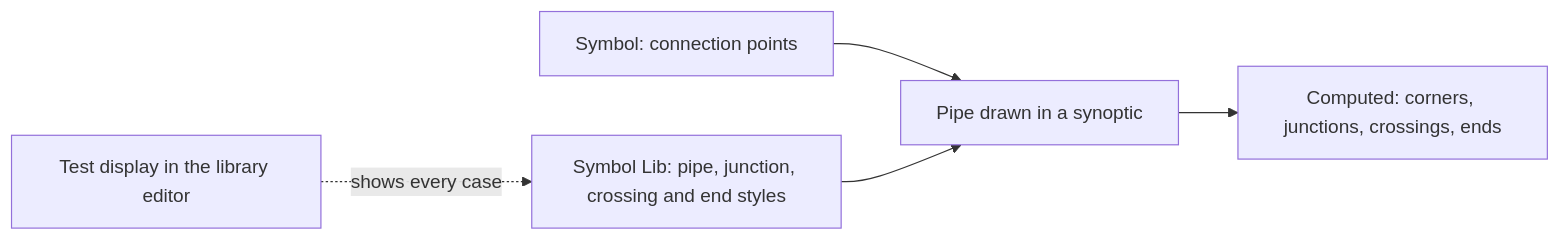
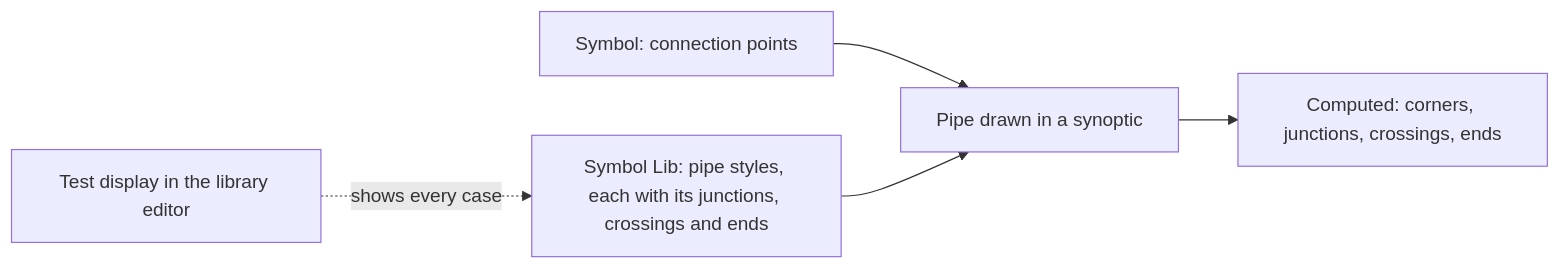
Before and after one commit to AlexandreGallais/synoptic-studio-spec: the first of 2 diagrams in symbols/pipes/README.md, drawn with Mermaid. The commit also changed other lines of this file and 9 other files, not shown here.

First line of the commit message:
docs(symbols): keep junctions, crossings and ends inside the pipe style

````diff
--- a/symbols/pipes/README.md
+++ b/symbols/pipes/README.md
@@ -25,7 +26,7 @@
 ```mermaid
 flowchart LR
     SY["Symbol: connection points"] --> P["Pipe drawn in a synoptic"]
-    L["Symbol Lib: pipe, junction, crossing and end styles"] --> P
+    L["Symbol Lib: pipe styles, each with its junctions, crossings and ends"] --> P
     P --> C["Computed: corners, junctions, crossings, ends"]
     T["Test display in the library editor"] -.->|"shows every case"| L
 ```
````
